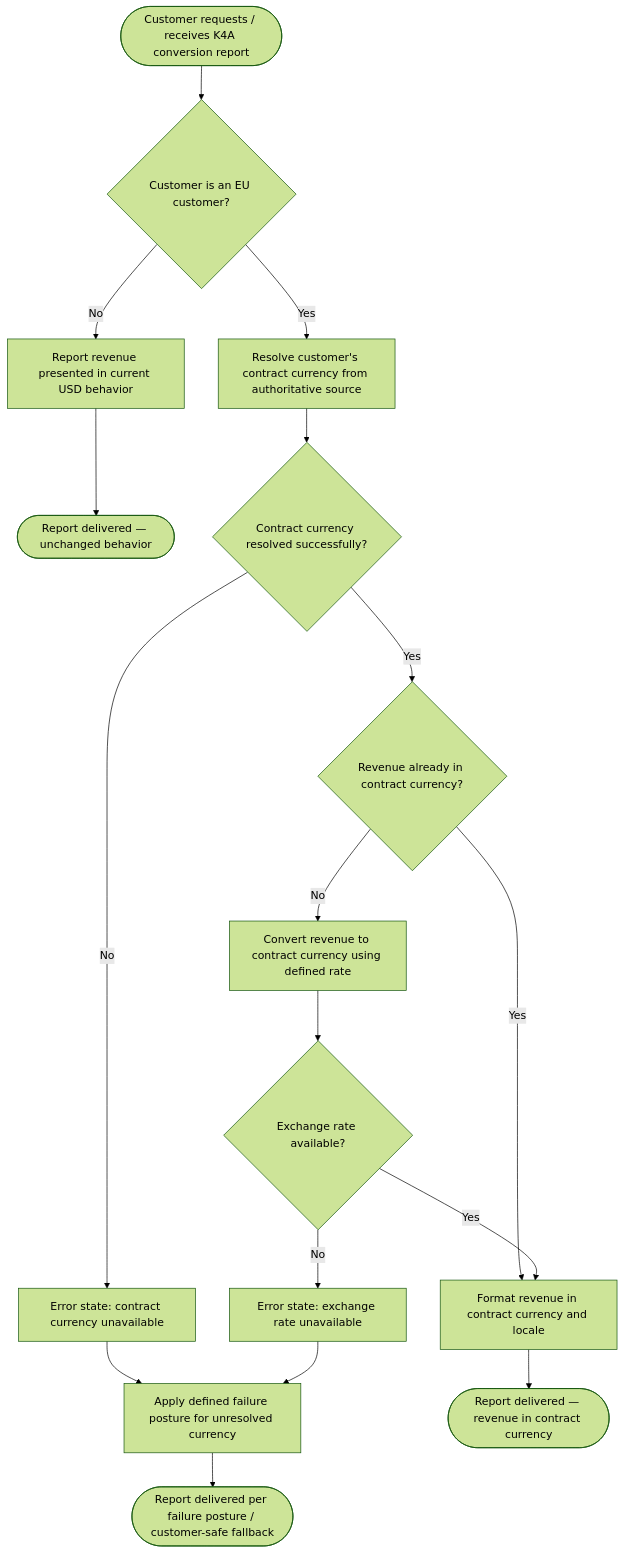
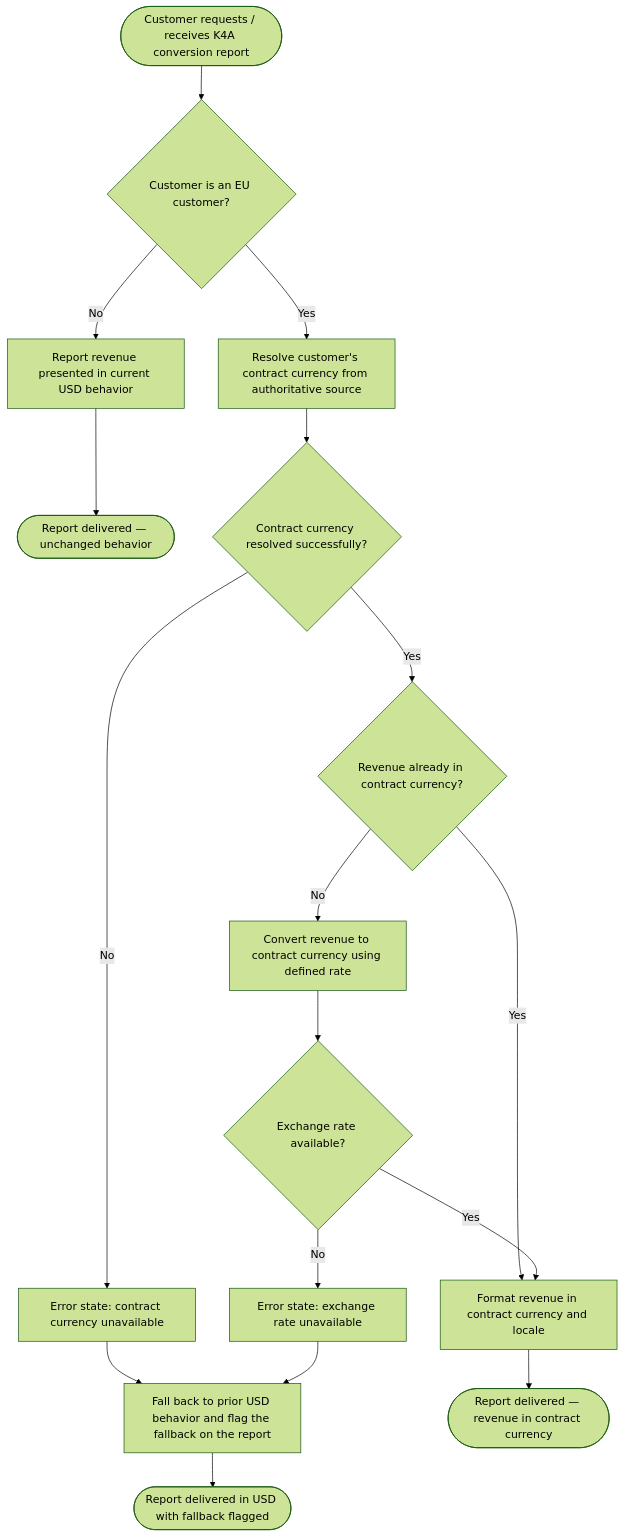
One commit to mayank-kochava/aisdlc-docs-sandbox changed the diagram in docs/16-PRDs/062-k4a-conversion-report-display-revenue-in-contract-/product-spec.md. Above: the diagram before and after it, drawn with Mermaid (forest theme). The commit also changed other lines of this file and 2 other files, not shown here.

````diff
--- a/docs/16-PRDs/062-k4a-conversion-report-display-revenue-in-contract-/product-spec.md
+++ b/docs/16-PRDs/062-k4a-conversion-report-display-revenue-in-contract-/product-spec.md
@@ -48,27 +48,27 @@
 ```mermaid
 flowchart TD
     Start([Customer requests / receives K4A conversion report]) --> Eligible{Customer is an EU customer?}
 
     Eligible -- No --> USD[Report revenue presented in current USD behavior]
     USD --> DeliverUSD([Report delivered — unchanged behavior])
 
     Eligible -- Yes --> ResolveCurrency[Resolve customer's contract currency from authoritative source]
 
     ResolveCurrency --> CurrencyFound{Contract currency resolved successfully?}
 
     CurrencyFound -- No --> CurrencyError[Error state: contract currency unavailable]
-    CurrencyError --> FailPosture[Apply defined failure posture for unresolved currency]
-    FailPosture --> DeliverError([Report delivered per failure posture / customer-safe fallback])
+    CurrencyError --> FailPosture[Fall back to prior USD behavior and flag the fallback on the report]
+    FailPosture --> DeliverError([Report delivered in USD with fallback flagged])
 
     CurrencyFound -- Yes --> NeedsConversion{Revenue already in contract currency?}
 
     NeedsConversion -- Yes --> Format[Format revenue in contract currency and locale]
     NeedsConversion -- No --> Convert[Convert revenue to contract currency using defined rate]
 
     Convert --> RateOK{Exchange rate available?}
     RateOK -- No --> RateError[Error state: exchange rate unavailable]
     RateError --> FailPosture
     RateOK -- Yes --> Format
 
     Format --> DeliverOK([Report delivered — revenue in contract currency])
 ```
````
